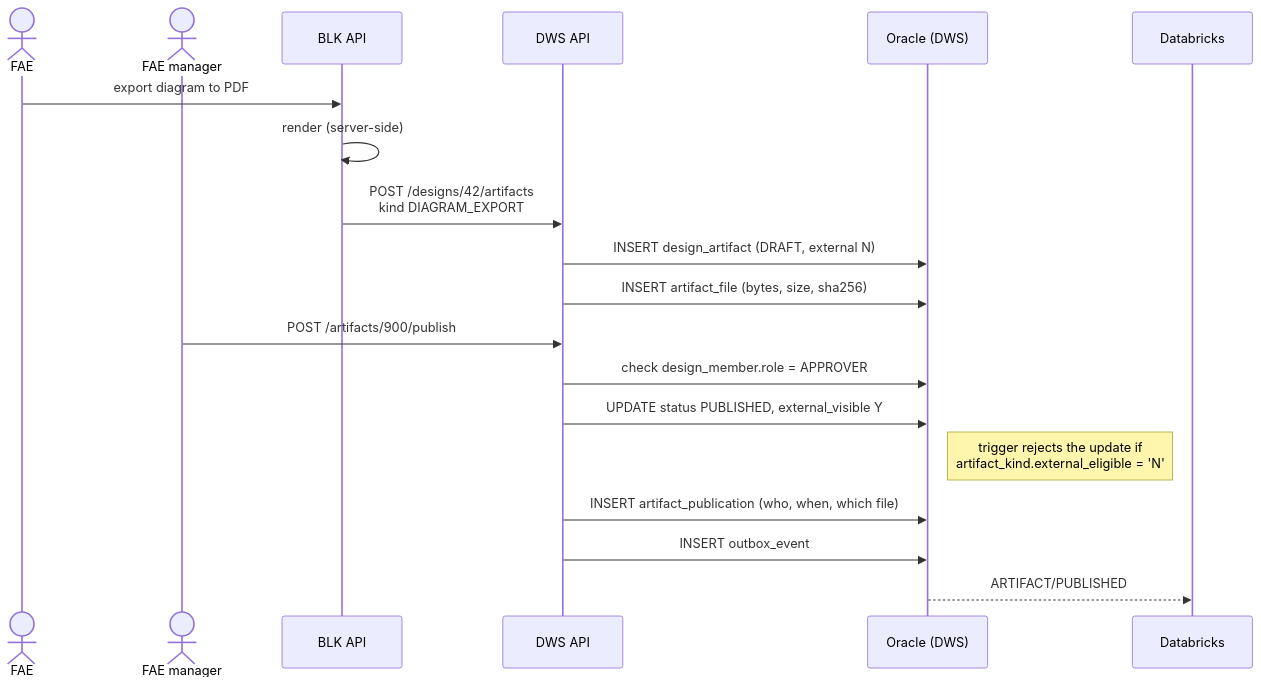
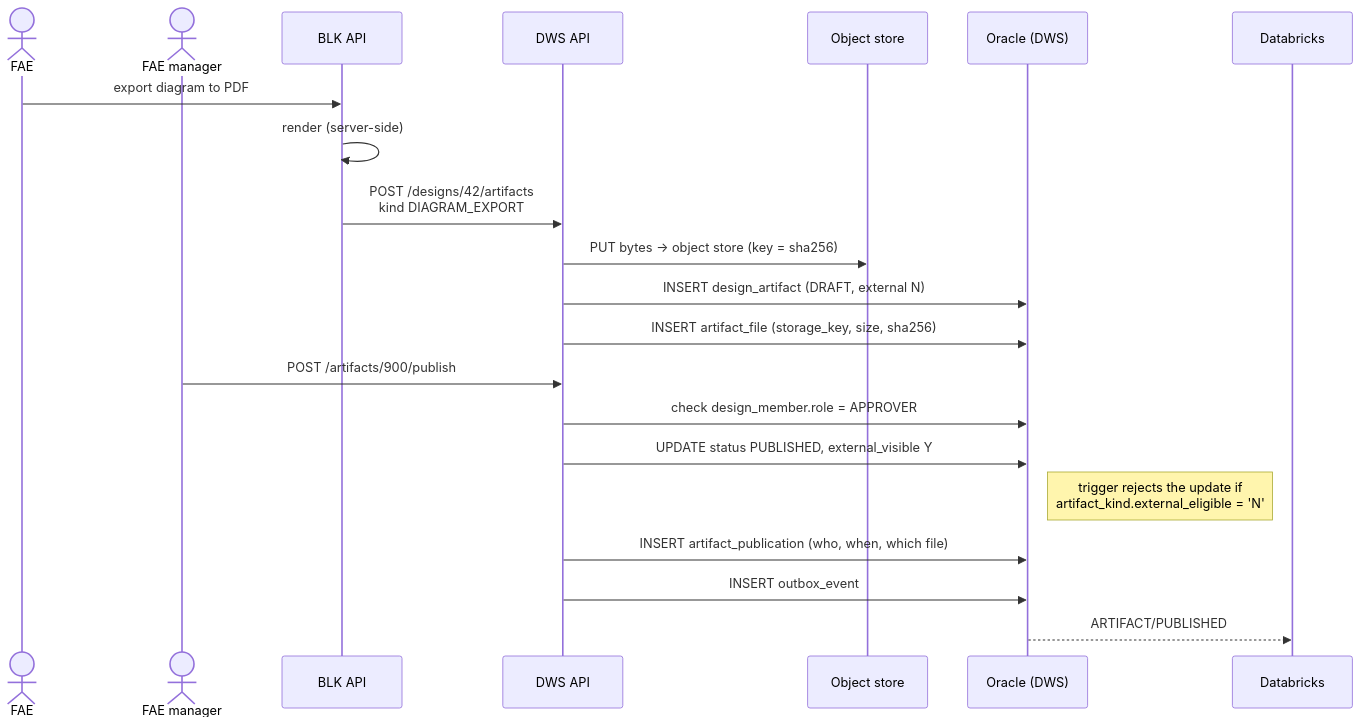
Before and after one commit to tejram25/blk-drg-final: the fourth of 6 diagrams in diagram-poc/design/dc-workspace/architecture.md, drawn with Mermaid. The commit also changed other lines of this file and 3 other files, not shown here.

First line of the commit message:
Design: artifacts live in object storage, not the database

````diff
--- a/diagram-poc/design/dc-workspace/architecture.md
+++ b/diagram-poc/design/dc-workspace/architecture.md
@@ -157,23 +159,25 @@
 ```mermaid
 sequenceDiagram
   actor FAE
   actor APR as FAE manager
   participant BLK as BLK API
   participant DWS as DWS API
+  participant OBJ as Object store
   participant ORA as Oracle (DWS)
   participant DBX as Databricks
 
   FAE->>BLK: export diagram to PDF
   BLK->>BLK: render (server-side)
   BLK->>DWS: POST /designs/42/artifacts<br/>kind DIAGRAM_EXPORT
+  DWS->>OBJ: PUT bytes → object store (key = sha256)
   DWS->>ORA: INSERT design_artifact (DRAFT, external N)
-  DWS->>ORA: INSERT artifact_file (bytes, size, sha256)
+  DWS->>ORA: INSERT artifact_file (storage_key, size, sha256)
 
   APR->>DWS: POST /artifacts/900/publish
   DWS->>ORA: check design_member.role = APPROVER
   DWS->>ORA: UPDATE status PUBLISHED, external_visible Y
   Note right of ORA: trigger rejects the update if<br/>artifact_kind.external_eligible = 'N'
   DWS->>ORA: INSERT artifact_publication (who, when, which file)
   DWS->>ORA: INSERT outbox_event
   ORA-->>DBX: ARTIFACT/PUBLISHED
 ```
````
